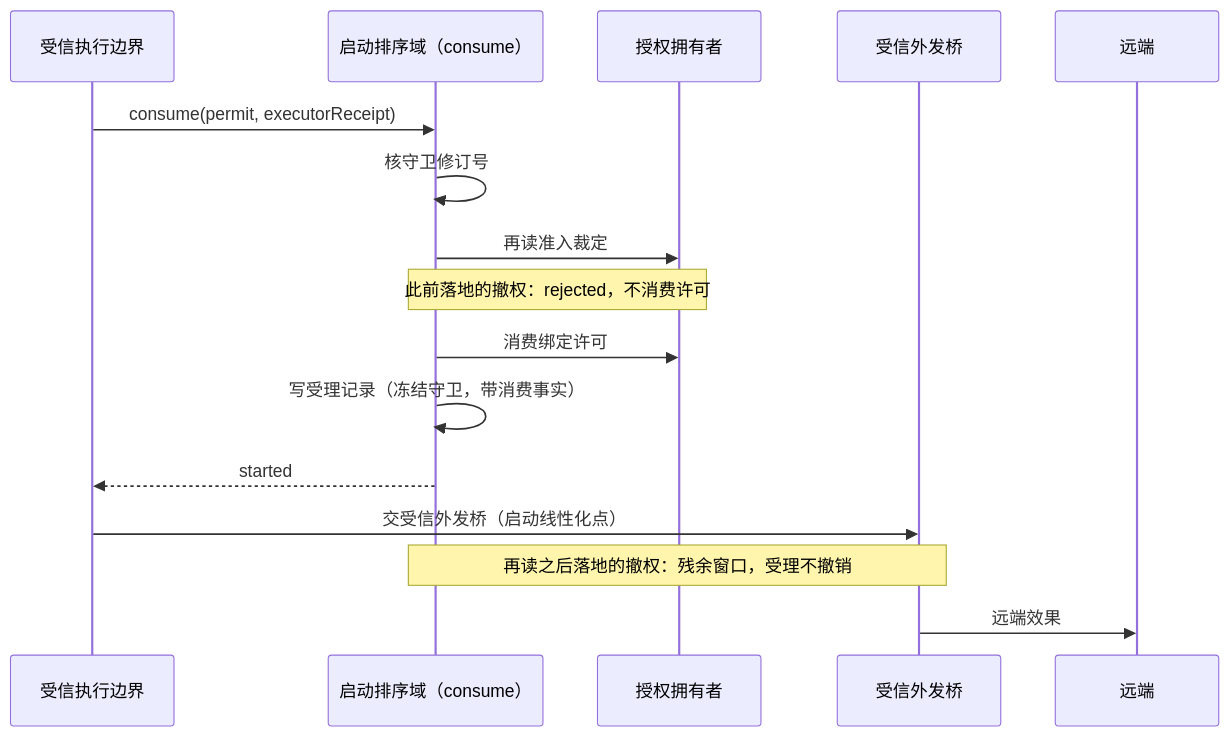
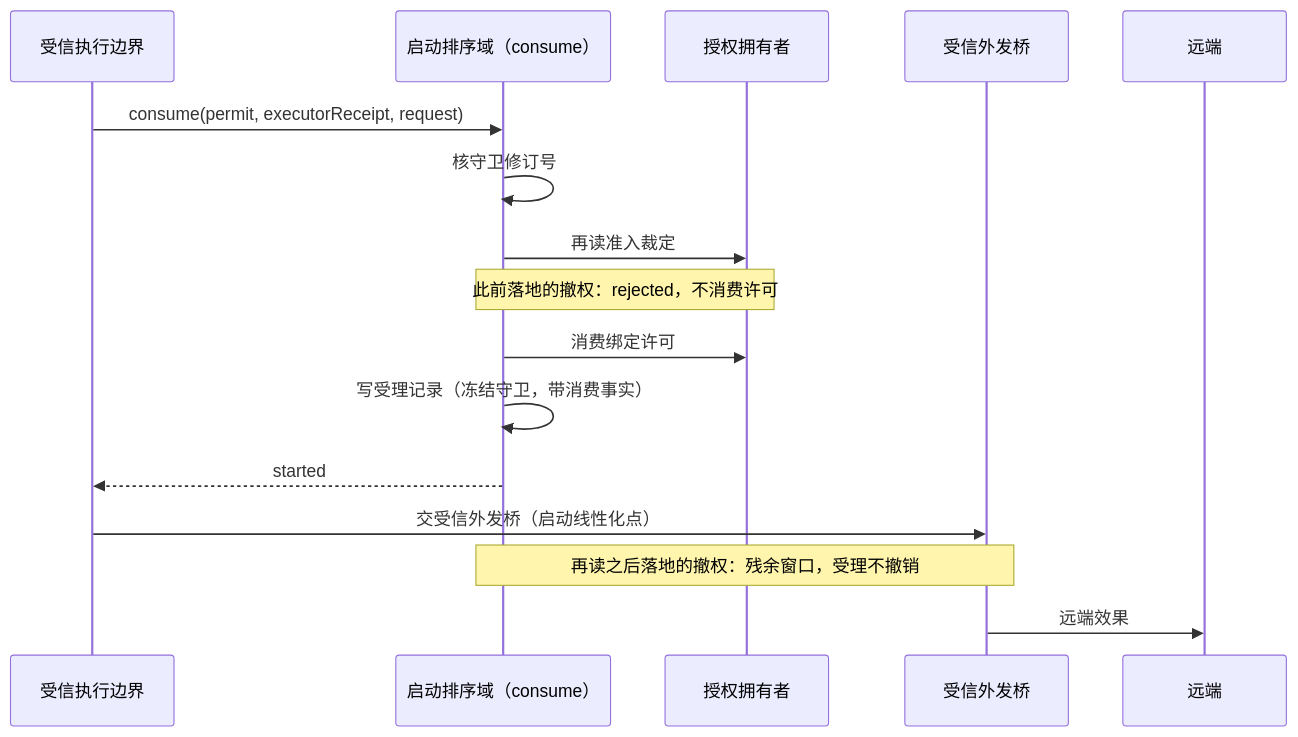
The second of 2 diagrams in packages/tool/tool-contract/SPEC.md (nemori-ai/omne-harness-lite), drawn with Mermaid before and after one commit. The commit also changed other lines of this file and 64 other files, not shown here.

````diff
--- a/packages/tool/tool-contract/SPEC.md
+++ b/packages/tool/tool-contract/SPEC.md
@@ -1173,18 +1172,18 @@
 ```mermaid
 sequenceDiagram
     participant X as 受信执行边界
     participant D as 启动排序域（consume）
     participant A as 授权拥有者
     participant B as 受信外发桥
     participant R as 远端
-    X->>D: consume(permit, executorReceipt)
+    X->>D: consume(permit, executorReceipt, request)
     D->>D: 核守卫修订号
     D->>A: 再读准入裁定
     Note over D,A: 此前落地的撤权：rejected，不消费许可
     D->>A: 消费绑定许可
     D->>D: 写受理记录（冻结守卫，带消费事实）
     D-->>X: started
     X->>B: 交受信外发桥（启动线性化点）
     Note over D,B: 再读之后落地的撤权：残余窗口，受理不撤销
     B->>R: 远端效果
 ```
````
